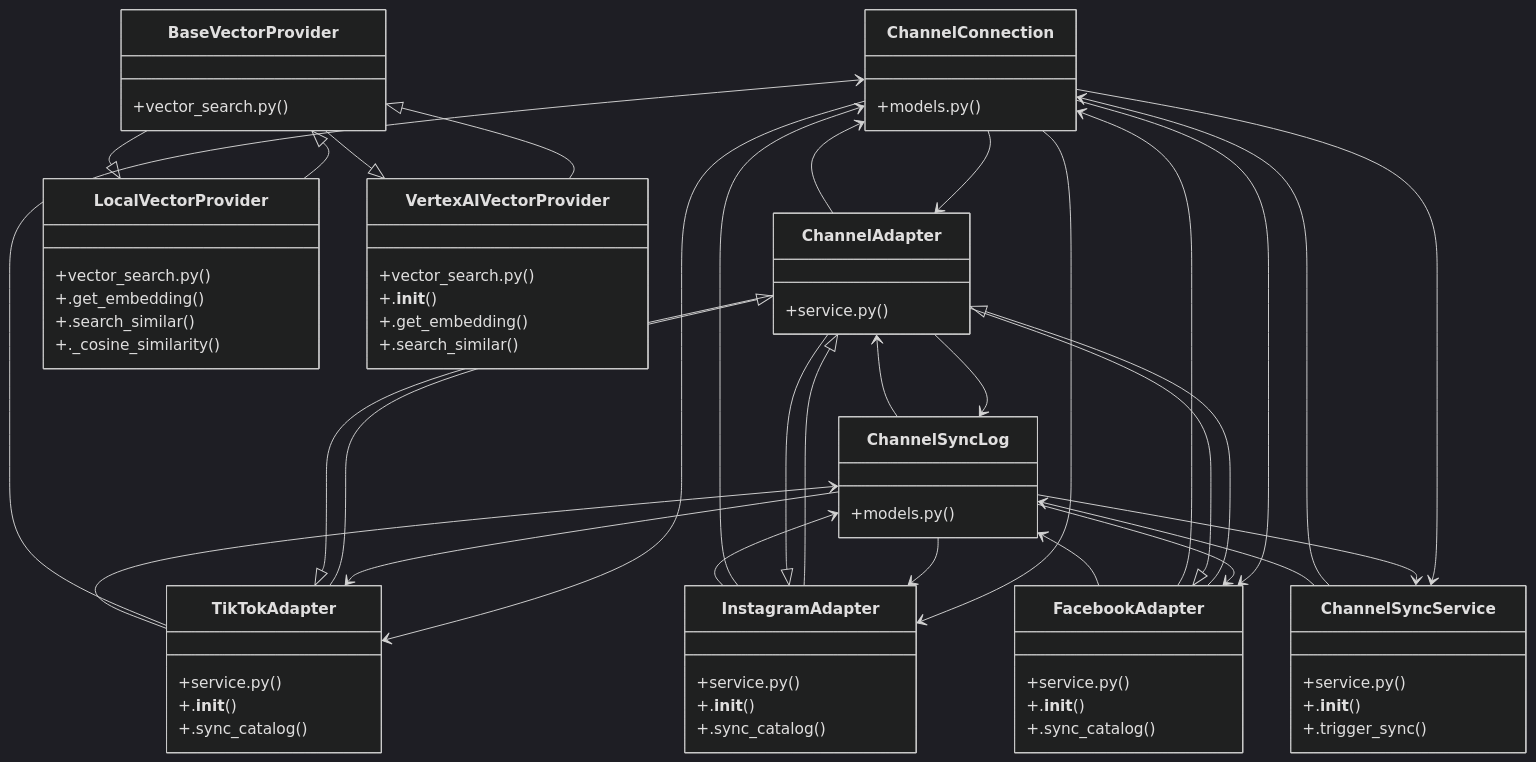
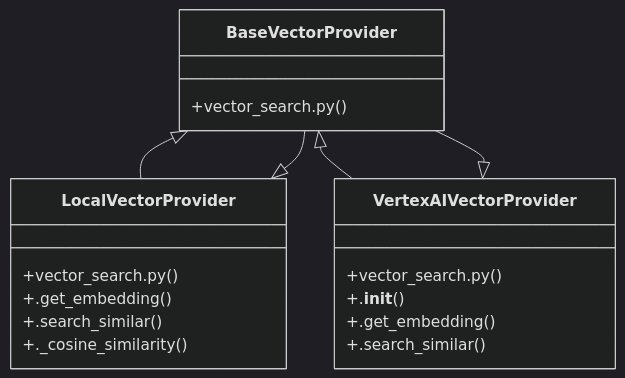
The diagram in graphify-out/wiki/Community_15.md (IHKodifier/kloudshop), drawn with Mermaid (dark theme) before and after one commit. The commit also changed other lines of this file and 99 other files, not shown here.

````diff
--- a/graphify-out/wiki/Community_15.md
+++ b/graphify-out/wiki/Community_15.md
@@ -36,77 +36,22 @@
 ```mermaid
 classDiagram
-    class ChannelConnection {
-        +models.py()
-    }
-    class ChannelSyncLog {
-        +models.py()
-    }
-    class ChannelAdapter {
-        +service.py()
-    }
-    class ChannelSyncService {
-        +service.py()
-        +.__init__()
-        +.trigger_sync()
-    }
-    class FacebookAdapter {
-        +service.py()
-        +.__init__()
-        +.sync_catalog()
-    }
-    class InstagramAdapter {
-        +service.py()
-        +.__init__()
-        +.sync_catalog()
-    }
-    class TikTokAdapter {
-        +service.py()
-        +.__init__()
-        +.sync_catalog()
-    }
     class BaseVectorProvider {
         +vector_search.py()
     }
     class LocalVectorProvider {
         +vector_search.py()
         +.get_embedding()
         +.search_similar()
         +._cosine_similarity()
     }
     class VertexAIVectorProvider {
         +vector_search.py()
         +.__init__()
         +.get_embedding()
         +.search_similar()
     }
-    ChannelConnection --> ChannelAdapter
-    ChannelConnection --> TikTokAdapter
-    ChannelConnection --> InstagramAdapter
-    ChannelConnection --> FacebookAdapter
-    ChannelConnection --> ChannelSyncService
-    ChannelSyncLog --> ChannelAdapter
-    ChannelSyncLog --> TikTokAdapter
-    ChannelSyncLog --> InstagramAdapter
-    ChannelSyncLog --> FacebookAdapter
-    ChannelSyncLog --> ChannelSyncService
-    TikTokAdapter <|-- ChannelAdapter
-    InstagramAdapter <|-- ChannelAdapter
-    FacebookAdapter <|-- ChannelAdapter
-    ChannelAdapter --> ChannelConnection
-    ChannelAdapter --> ChannelSyncLog
-    ChannelSyncService --> ChannelConnection
-    ChannelSyncService --> ChannelSyncLog
-    ChannelAdapter <|-- FacebookAdapter
-    FacebookAdapter --> ChannelConnection
-    FacebookAdapter --> ChannelSyncLog
-    ChannelAdapter <|-- InstagramAdapter
-    InstagramAdapter --> ChannelConnection
-    InstagramAdapter --> ChannelSyncLog
-    ChannelAdapter <|-- TikTokAdapter
-    TikTokAdapter --> ChannelConnection
-    TikTokAdapter --> ChannelSyncLog
     LocalVectorProvider <|-- BaseVectorProvider
     VertexAIVectorProvider <|-- BaseVectorProvider
     BaseVectorProvider <|-- LocalVectorProvider
     BaseVectorProvider <|-- VertexAIVectorProvider
 ```
````
